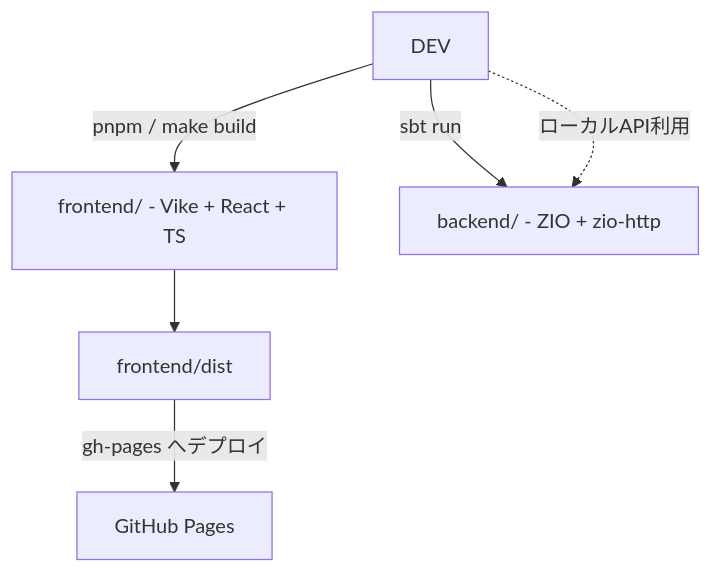
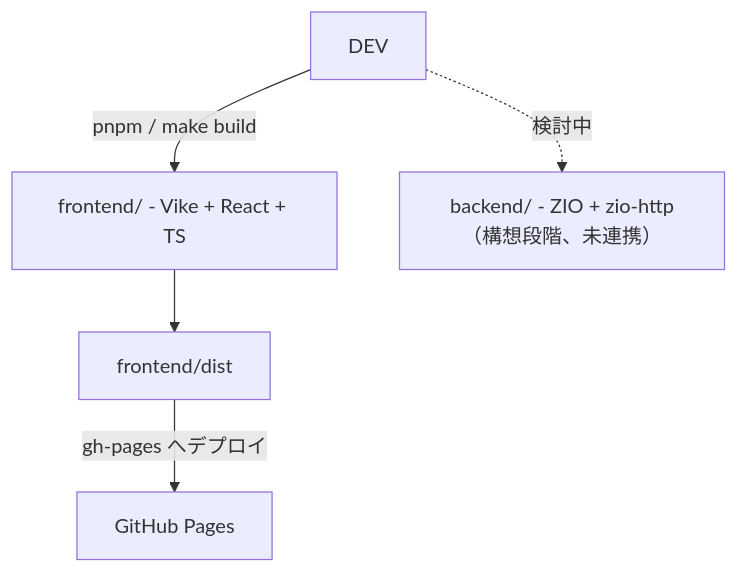
Before and after one commit to ara-ta3/ara-ta3.github.io: the diagram in README.md, drawn with Mermaid. The commit also changed other lines of this file, not shown here.

````diff
--- a/README.md
+++ b/README.md
@@ -14,8 +14,7 @@
 ```mermaid
 graph TD
   Dev[DEV] -->|pnpm / make build| FE[frontend/ - Vike + React + TS]
   FE --> Dist[frontend/dist]
   Dist -->|gh-pages へデプロイ| Pages[GitHub Pages]
-  Dev -->|sbt run| BE[backend/ - ZIO + zio-http]
-  Dev -.->|ローカルAPI利用| BE
+  Dev -.->|検討中| BE[backend/ - ZIO + zio-http（構想段階、未連携）]
 ```
````
